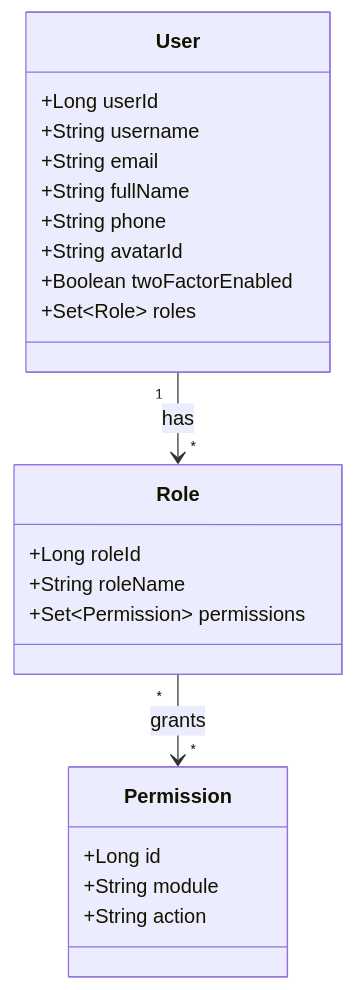
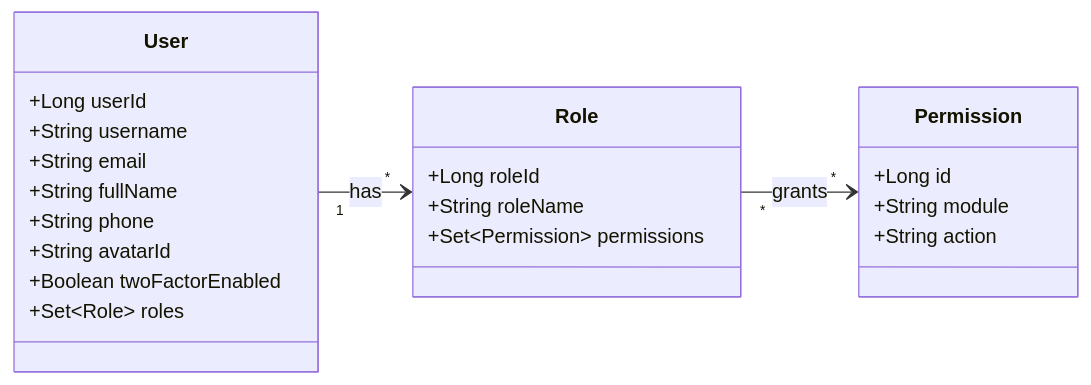
The first of 11 diagrams in docs/diagrams_and_models/uml_diagrams.md (coded-with-aryan0426/gym-management-system-fullstack), drawn with Mermaid before and after one commit. The commit also changed other lines of this file and 109 other files, not shown here.

First line of the commit message:
docs: add diagram PNG exports and supporting files

````diff
--- a/docs/diagrams_and_models/uml_diagrams.md
+++ b/docs/diagrams_and_models/uml_diagrams.md
@@ -5,28 +5,29 @@
 ```mermaid
 classDiagram
+    direction LR
     class User {
         +Long userId
         +String username
         +String email
         +String fullName
         +String phone
         +String avatarId
         +Boolean twoFactorEnabled
         +Set~Role~ roles
     }
 
     class Role {
         +Long roleId
         +String roleName
         +Set~Permission~ permissions
     }
 
     class Permission {
         +Long id
         +String module
         +String action
     }
 
     User "1" --> "*" Role : has
     Role "*" --> "*" Permission : grants
 ```
````
